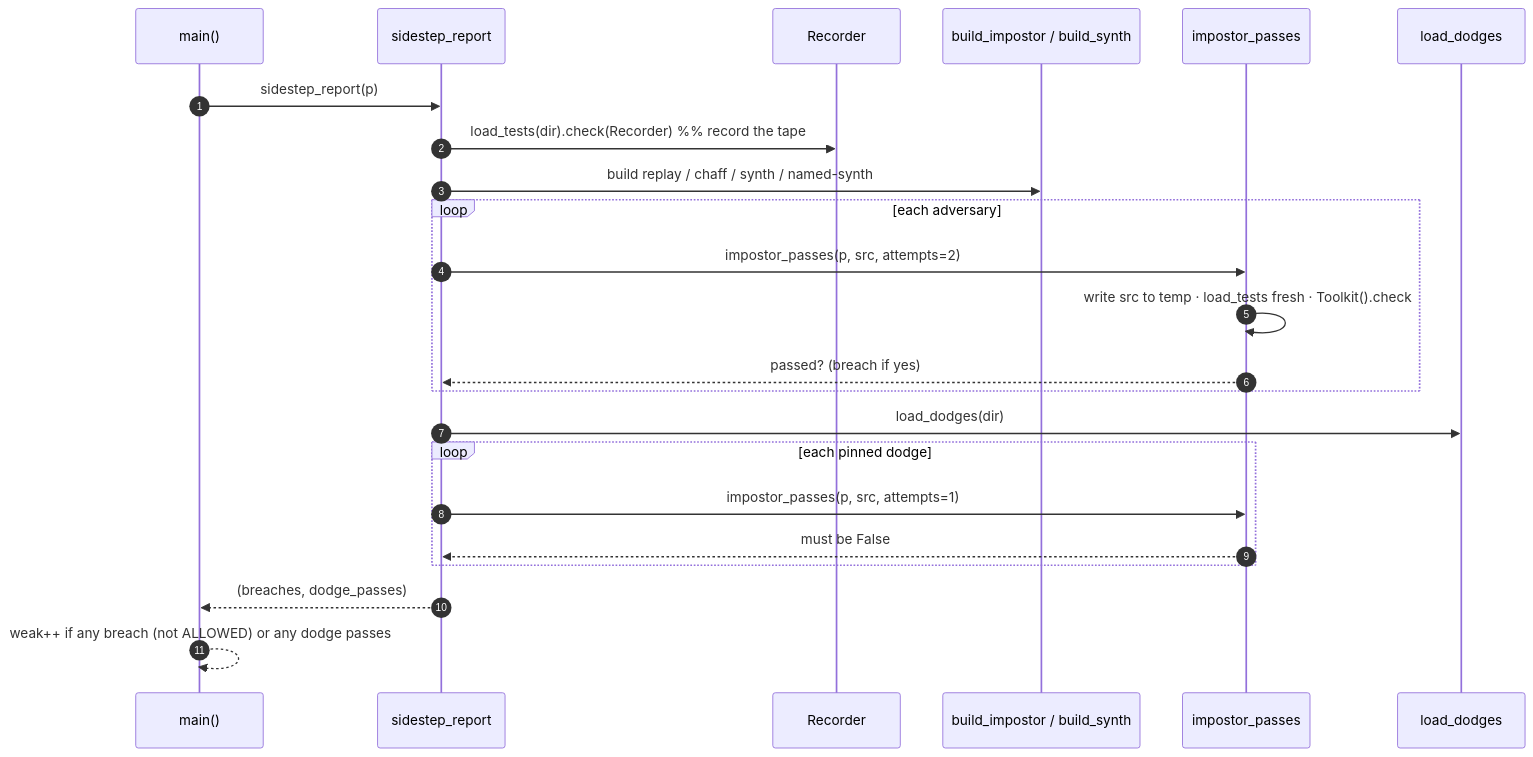
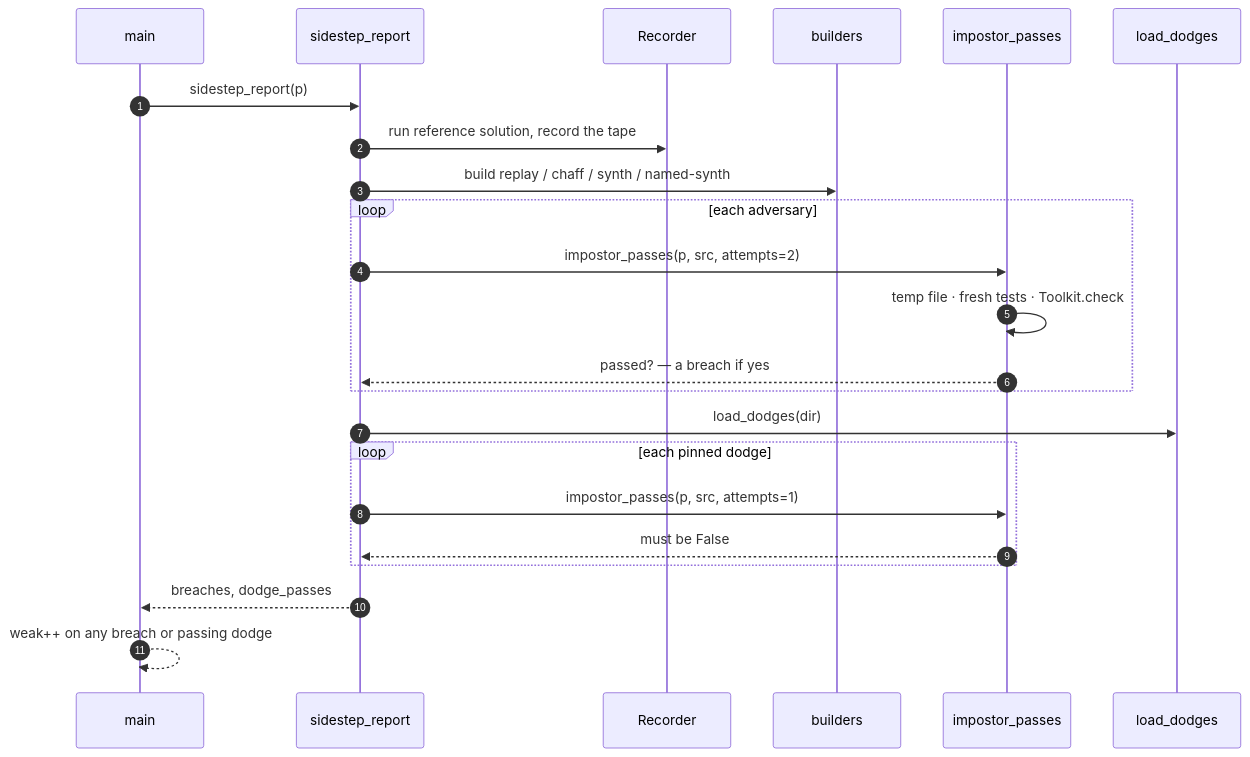
Before and after one commit to N041M/PyQuest: the fifth of 6 diagrams in docs/architecture/audit.md, drawn with Mermaid. The commit also changed other lines of this file and 5 other files, not shown here.

First line of the commit message:
Polish architecture diagrams; add puzzle-consumption view

````diff
--- a/docs/architecture/audit.md
+++ b/docs/architecture/audit.md
@@ -100,26 +104,26 @@
 ```mermaid
 sequenceDiagram
     autonumber
-    participant M as main()
+    participant M as main
     participant SR as sidestep_report
     participant Rec as Recorder
-    participant B as build_impostor / build_synth
+    participant B as builders
     participant IP as impostor_passes
     participant D as load_dodges
 
     M->>SR: sidestep_report(p)
-    SR->>Rec: load_tests(dir).check(Recorder)  %% record the tape
+    SR->>Rec: run reference solution, record the tape
     SR->>B: build replay / chaff / synth / named-synth
     loop each adversary
         SR->>IP: impostor_passes(p, src, attempts=2)
-        IP->>IP: write src to temp · load_tests fresh · Toolkit().check
-        IP-->>SR: passed? (breach if yes)
+        IP->>IP: temp file · fresh tests · Toolkit.check
+        IP-->>SR: passed? — a breach if yes
     end
     SR->>D: load_dodges(dir)
     loop each pinned dodge
         SR->>IP: impostor_passes(p, src, attempts=1)
         IP-->>SR: must be False
     end
-    SR-->>M: (breaches, dodge_passes)
-    M-->>M: weak++ if any breach (not ALLOWED) or any dodge passes
+    SR-->>M: breaches, dodge_passes
+    M-->>M: weak++ on any breach or passing dodge
 ```
````
